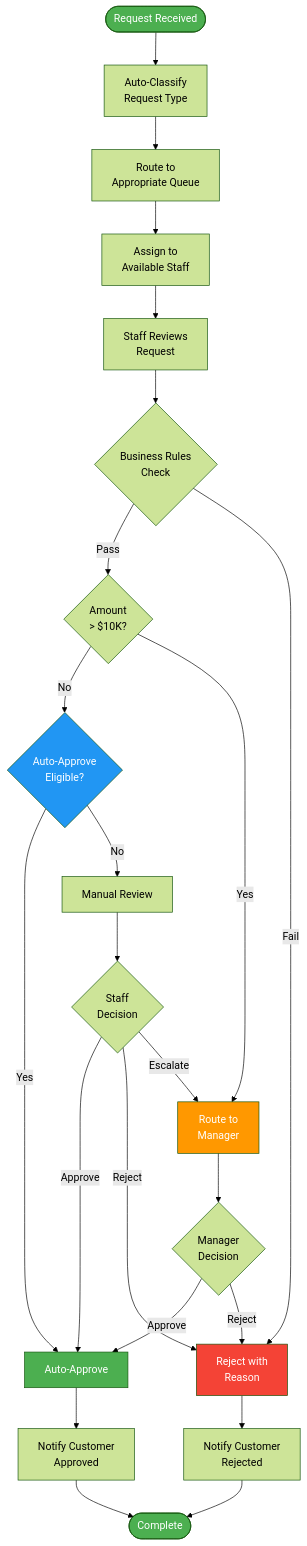
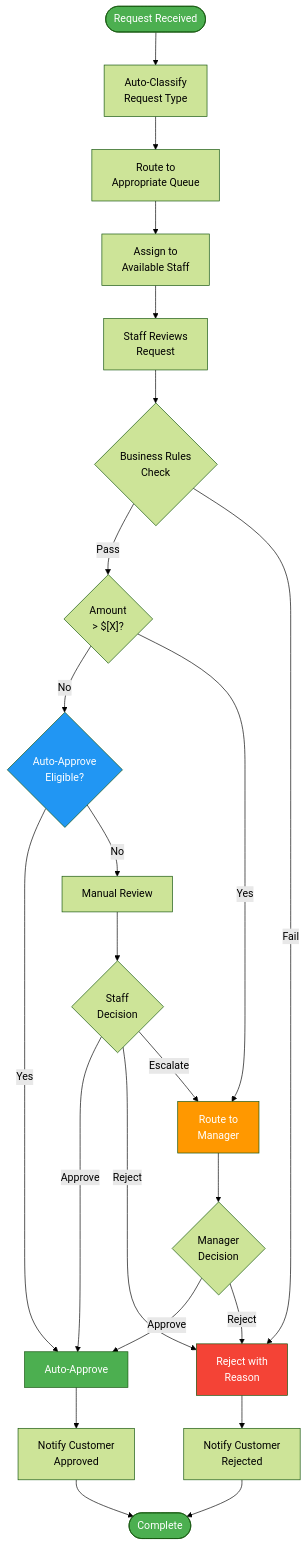
The second of 5 diagrams in document-template/04_Requirements_Engineering/Activity-Diagrams.md (oat431/swe-knowledge), drawn with Mermaid (forest theme) before and after one commit. The commit also changed other lines of this file and 50 other files, not shown here.

````diff
--- a/document-template/04_Requirements_Engineering/Activity-Diagrams.md
+++ b/document-template/04_Requirements_Engineering/Activity-Diagrams.md
@@ -87,32 +87,32 @@
 ```mermaid
 flowchart TD
     START([Request Received]) --> CLASSIFY[Auto-Classify<br>Request Type]
     CLASSIFY --> ROUTE[Route to<br>Appropriate Queue]
     ROUTE --> ASSIGN[Assign to<br>Available Staff]
     ASSIGN --> REVIEW[Staff Reviews<br>Request]
     REVIEW --> RULES{Business Rules<br>Check}
-    RULES -->|Pass| AMOUNT{Amount<br>> $10K?}
+    RULES -->|Pass| AMOUNT{"Amount<br>> $[X]?"}
     RULES -->|Fail| REJECT[Reject with<br>Reason]
     AMOUNT -->|No| AUTO{Auto-Approve<br>Eligible?}
     AMOUNT -->|Yes| MGR[Route to<br>Manager]
     AUTO -->|Yes| APPROVE[Auto-Approve]
     AUTO -->|No| MANUAL[Manual Review]
     MANUAL --> DECIDE{Staff<br>Decision}
     DECIDE -->|Approve| APPROVE
     DECIDE -->|Reject| REJECT
     DECIDE -->|Escalate| MGR
     MGR --> MGR_DECIDE{Manager<br>Decision}
     MGR_DECIDE -->|Approve| APPROVE
     MGR_DECIDE -->|Reject| REJECT
     APPROVE --> NOTIFY_A[Notify Customer<br>Approved]
     REJECT --> NOTIFY_R[Notify Customer<br>Rejected]
     NOTIFY_A --> END([Complete])
     NOTIFY_R --> END
 
     style START fill:#4CAF50,color:#fff
     style END fill:#4CAF50,color:#fff
     style APPROVE fill:#4CAF50,color:#fff
     style REJECT fill:#f44336,color:#fff
     style MGR fill:#FF9800,color:#fff
     style AUTO fill:#2196F3,color:#fff
 ```
````
